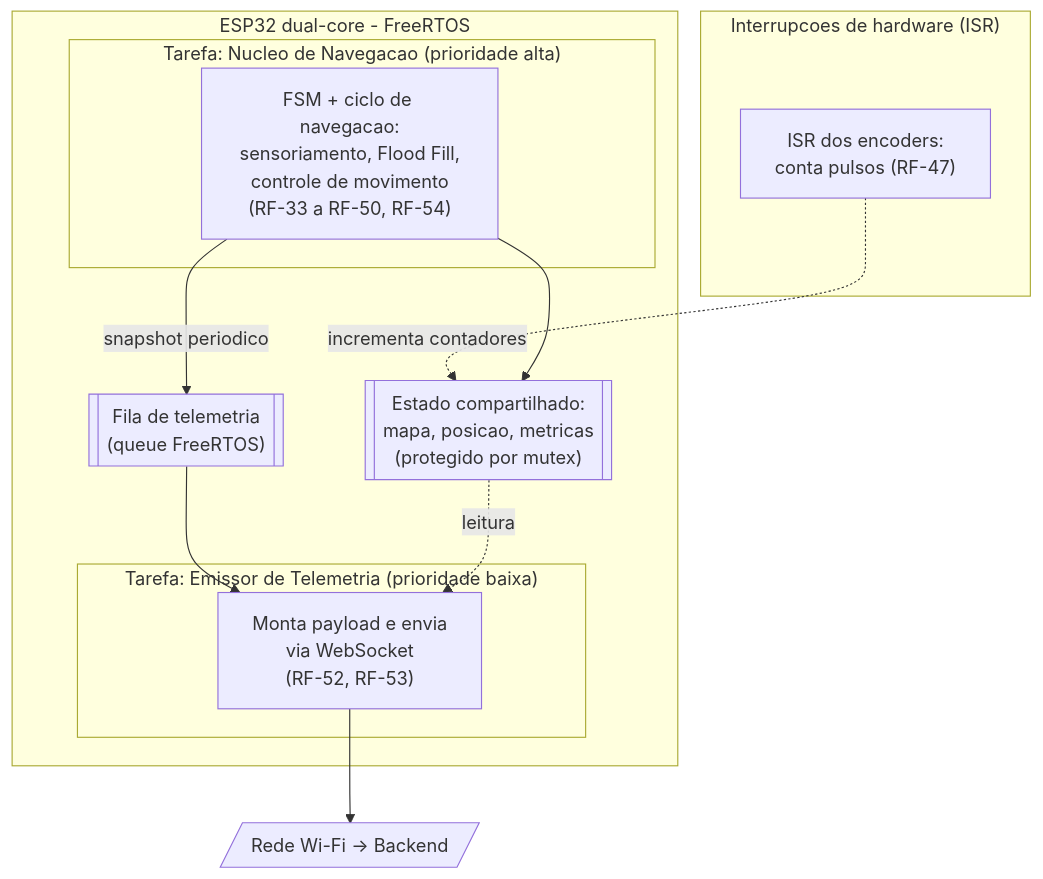
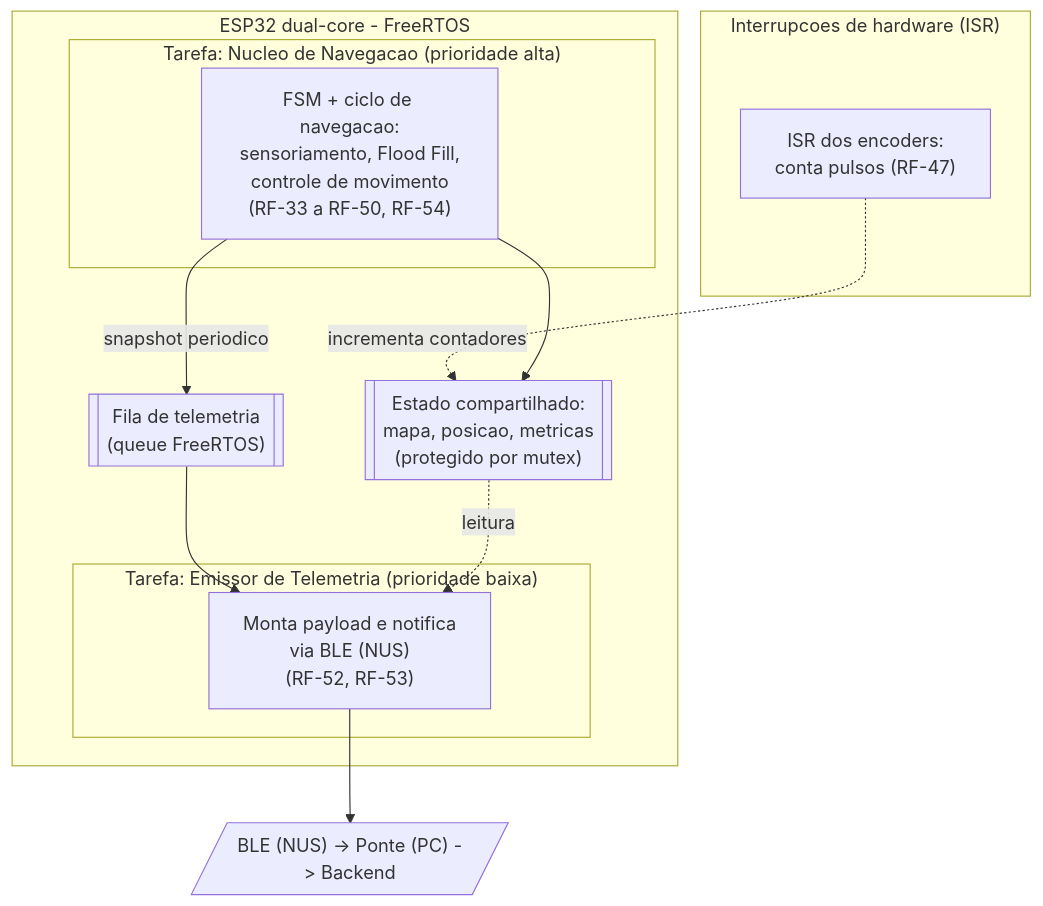
The second of 3 diagrams in docs/projeto-conceitual-software/firmware/arquitetura-firmware.md (fcte-pi1/2026.2_PI1_Grupo1_Diogo), drawn with Mermaid before and after one commit. The commit also changed other lines of this file and 31 other files, not shown here.

````diff
--- a/docs/projeto-conceitual-software/firmware/arquitetura-firmware.md
+++ b/docs/projeto-conceitual-software/firmware/arquitetura-firmware.md
@@ -138,26 +138,26 @@
 ```mermaid
 flowchart TB
   subgraph ISR["Interrupcoes de hardware (ISR)"]
     isrE["ISR dos encoders:<br/>conta pulsos (RF-47)"]
   end
 
   subgraph CORE["ESP32 dual-core - FreeRTOS"]
     subgraph TN["Tarefa: Nucleo de Navegacao (prioridade alta)"]
       tn1["FSM + ciclo de navegacao:<br/>sensoriamento, Flood Fill,<br/>controle de movimento<br/>(RF-33 a RF-50, RF-54)"]
     end
     subgraph TT["Tarefa: Emissor de Telemetria (prioridade baixa)"]
-      tt1["Monta payload e envia<br/>via WebSocket<br/>(RF-52, RF-53)"]
+      tt1["Monta payload e notifica<br/>via BLE (NUS)<br/>(RF-52, RF-53)"]
     end
     q1[["Fila de telemetria<br/>(queue FreeRTOS)"]]
     st[["Estado compartilhado:<br/>mapa, posicao, metricas<br/>(protegido por mutex)"]]
   end
 
-  wifi[/"Rede Wi-Fi -> Backend"/]
+  ble[/"BLE (NUS) -> Ponte (PC) -> Backend"/]
 
   isrE -. incrementa contadores .-> st
   tn1 --> st
   tn1 -->|snapshot periodico| q1
   q1 --> tt1
   st -. leitura .-> tt1
-  tt1 --> wifi
+  tt1 --> ble
 ```
````
